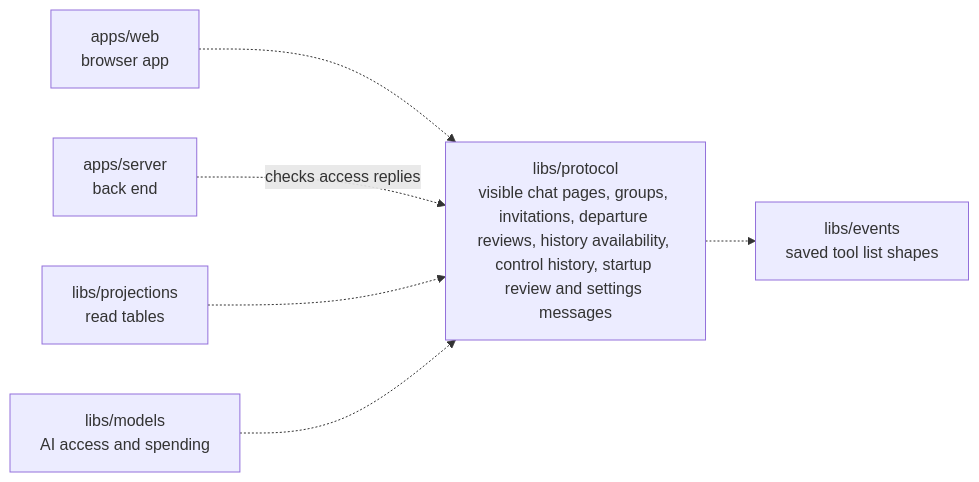
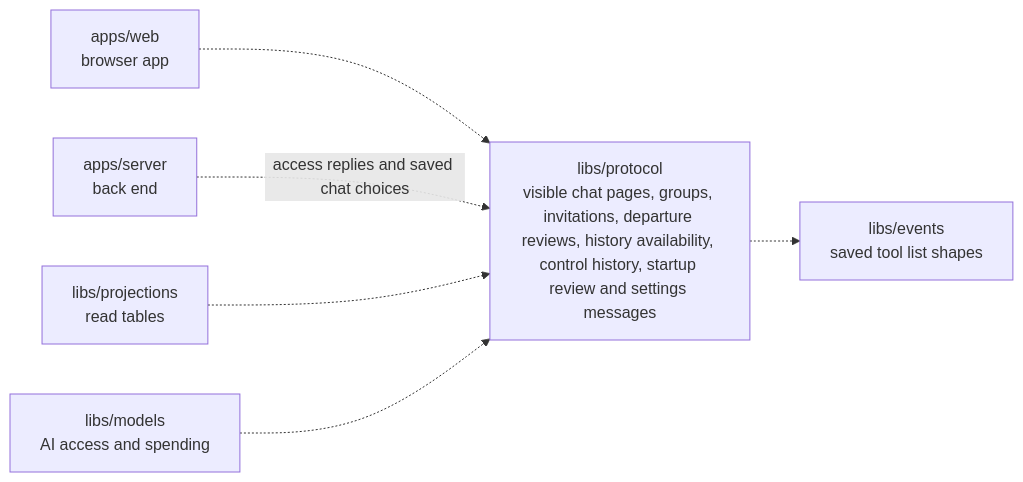
One commit to elewa-git/opencrane-new changed the diagram in libs/protocol/README.md. Above: the diagram before and after it, drawn with Mermaid. The commit also changed other lines of this file and 12 other files, not shown here.

````diff
--- a/libs/protocol/README.md
+++ b/libs/protocol/README.md
@@ -11,8 +11,8 @@
 ```mermaid
 flowchart LR
   web["apps/web<br/>browser app"] -.-> protocol["libs/protocol<br/>visible chat pages, groups, invitations, departure reviews, history availability, control history, startup review and settings messages"]
-  server["apps/server<br/>back end"] -.->|checks access replies| protocol
+  server["apps/server<br/>back end"] -.->|access replies and saved chat choices| protocol
   projections["libs/projections<br/>read tables"] -.-> protocol
   models["libs/models<br/>AI access and spending"] -.-> protocol
   protocol -.-> events["libs/events<br/>saved tool list shapes"]
 ```
````
